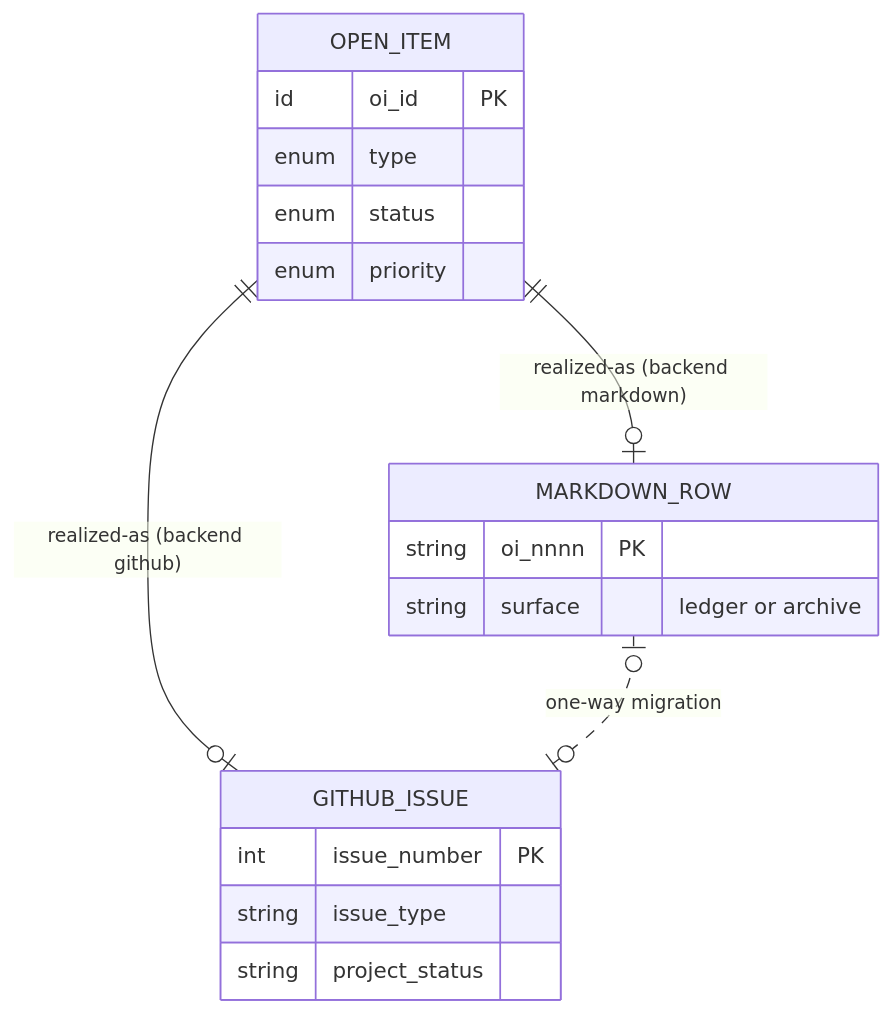
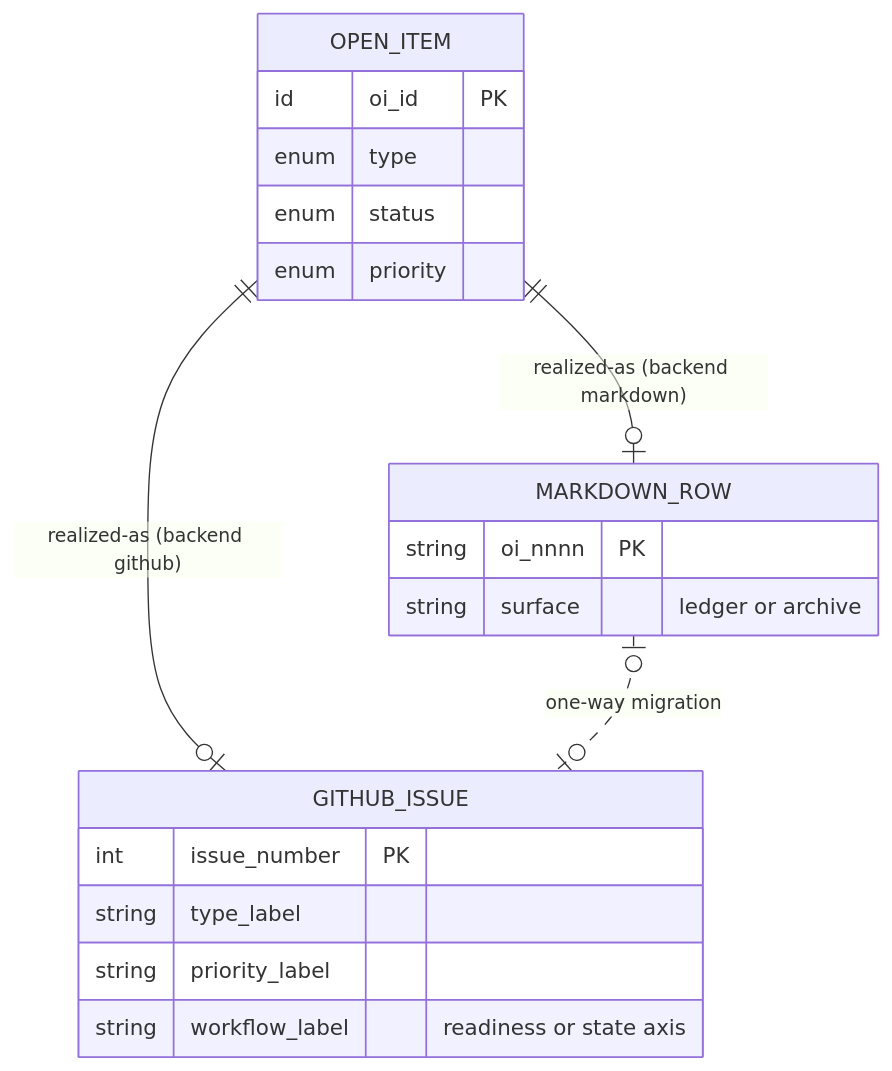
The second of 2 diagrams in plugins/kit-core/skills/util-open-items/references/github-backend.md (VictorHueni/homemade-agents-skills), drawn with Mermaid before and after one commit. The commit also changed other lines of this file and 46 other files, not shown here.

````diff
--- a/plugins/kit-core/skills/util-open-items/references/github-backend.md
+++ b/plugins/kit-core/skills/util-open-items/references/github-backend.md
@@ -163,21 +242,22 @@
 ```mermaid
 erDiagram
     OPEN_ITEM {
         id   oi_id PK
         enum type
         enum status
         enum priority
     }
     MARKDOWN_ROW {
         string oi_nnnn PK
         string surface "ledger or archive"
     }
     GITHUB_ISSUE {
         int    issue_number PK
-        string issue_type
-        string project_status
+        string type_label
+        string priority_label
+        string workflow_label "readiness or state axis"
     }
     OPEN_ITEM ||--o| MARKDOWN_ROW : "realized-as (backend markdown)"
     OPEN_ITEM ||--o| GITHUB_ISSUE : "realized-as (backend github)"
     MARKDOWN_ROW |o..o| GITHUB_ISSUE : "one-way migration"
 ```
````
